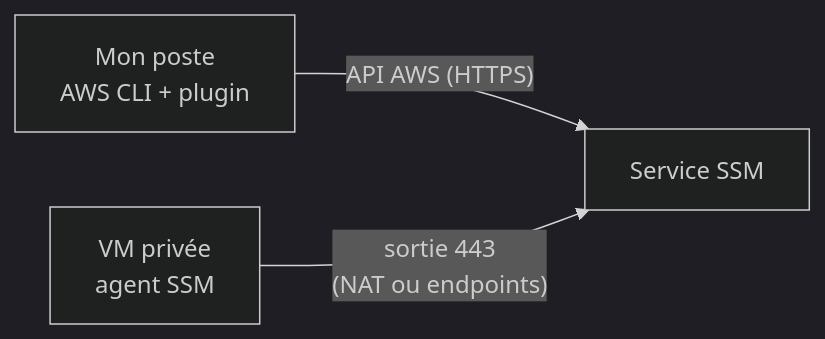
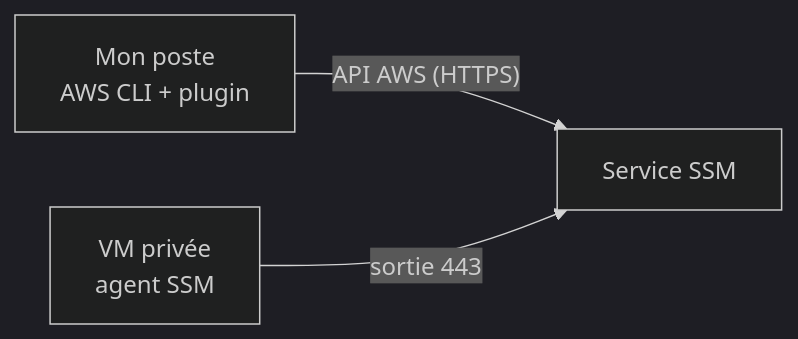
Before and after one commit to thomaspeyr31/Doc: the seventh of 12 diagrams in README.md, drawn with Mermaid (dark theme). The commit also changed other lines of this file, not shown here.

````diff
--- a/README.md
+++ b/README.md
@@ -523,5 +500,5 @@
 ```mermaid
 flowchart LR
     P["Mon poste<br/>AWS CLI + plugin"] -- "API AWS (HTTPS)" --> SSM["Service SSM"]
-    VM["VM privée<br/>agent SSM"] -- "sortie 443<br/>(NAT ou endpoints)" --> SSM
+    VM["VM privée<br/>agent SSM"] -- "sortie 443" --> SSM
 ```
````
